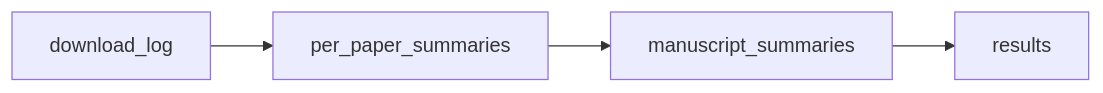
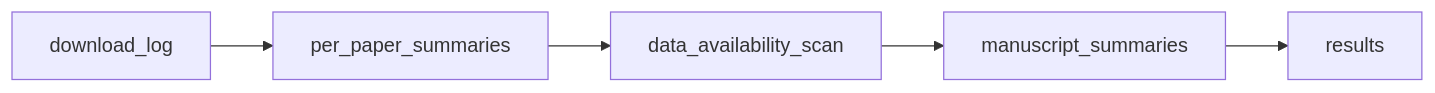
One commit to jeonglab-bcm/exposome-ehr-review changed the second of 3 diagrams in README.md. Above: the diagram before and after it, drawn with Mermaid. The commit also changed other lines of this file and 3 other files, not shown here.

Commit message:
feat(dagster): add data availability asset

````diff
--- a/README.md
+++ b/README.md
@@ -42,4 +42,4 @@
 ```mermaid
 flowchart LR
-    download_log --> per_paper_summaries --> manuscript_summaries --> results
+    download_log --> per_paper_summaries --> data_availability_scan --> manuscript_summaries --> results
 ```
````
